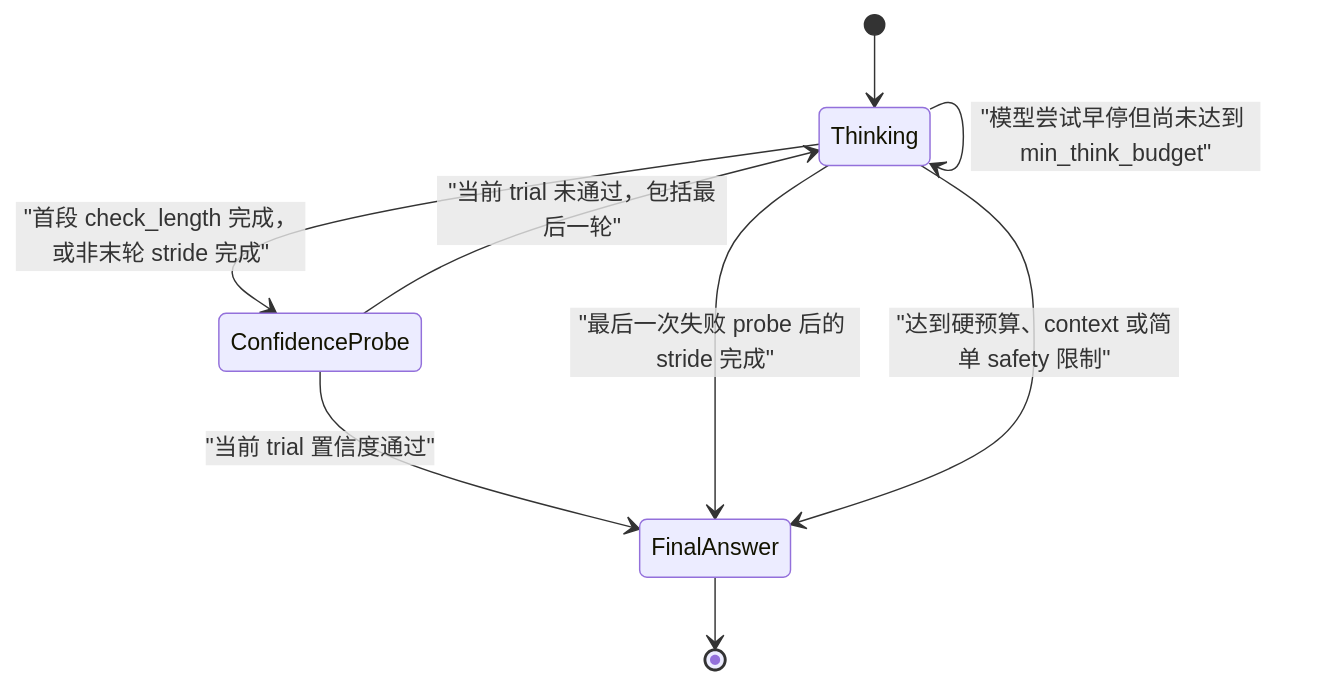
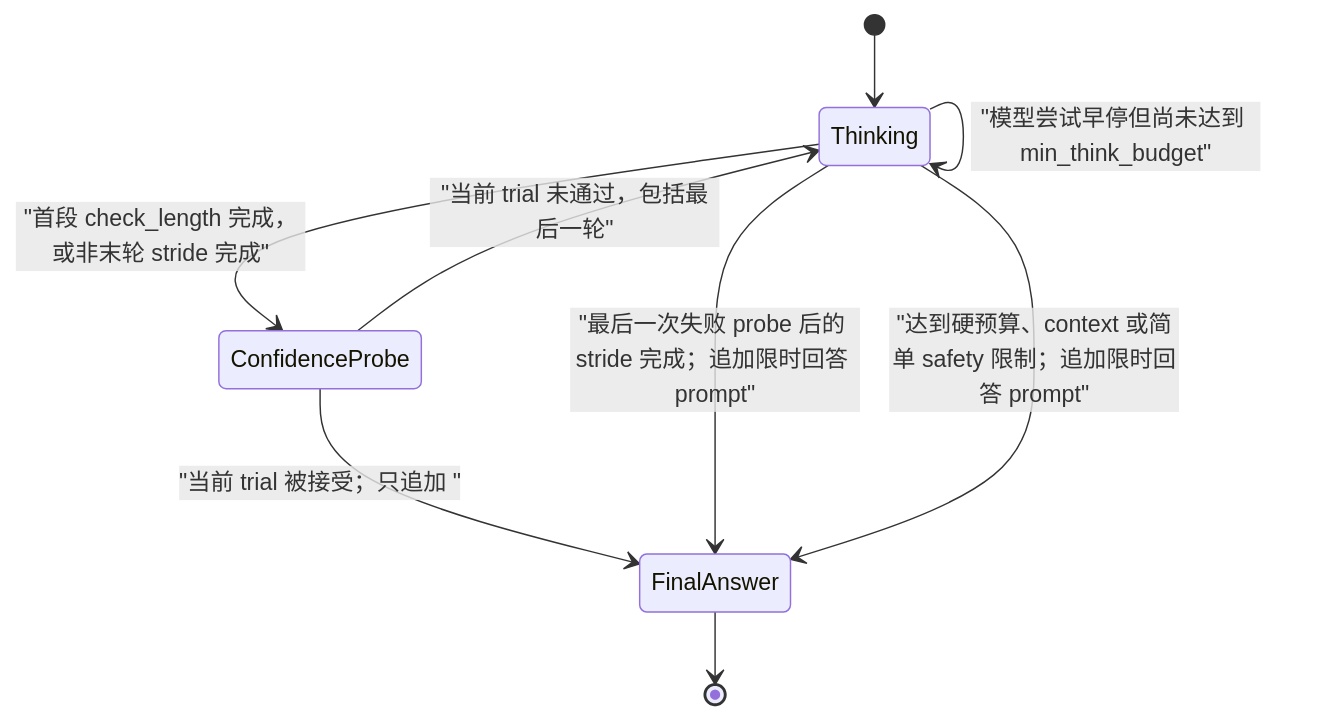
Before and after one commit to F00L42/TB: the third of 4 diagrams in docs/debug/think_budget_vllm_adapter_refactor_plan.md, drawn with Mermaid. The commit also changed other lines of this file and 11 other files, not shown here.

````diff
--- a/docs/debug/think_budget_vllm_adapter_refactor_plan.md
+++ b/docs/debug/think_budget_vllm_adapter_refactor_plan.md
@@ -163,11 +163,11 @@
 ```mermaid
 stateDiagram-v2
     [*] --> Thinking
     Thinking --> ConfidenceProbe: "首段 check_length 完成，或非末轮 stride 完成"
     Thinking --> Thinking: "模型尝试早停但尚未达到 min_think_budget"
-    ConfidenceProbe --> FinalAnswer: "当前 trial 置信度通过"
+    ConfidenceProbe --> FinalAnswer: "当前 trial 被接受；只追加 </think>"
     ConfidenceProbe --> Thinking: "当前 trial 未通过，包括最后一轮"
-    Thinking --> FinalAnswer: "最后一次失败 probe 后的 stride 完成"
-    Thinking --> FinalAnswer: "达到硬预算、context 或简单 safety 限制"
+    Thinking --> FinalAnswer: "最后一次失败 probe 后的 stride 完成；追加限时回答 prompt"
+    Thinking --> FinalAnswer: "达到硬预算、context 或简单 safety 限制；追加限时回答 prompt"
     FinalAnswer --> [*]
 ```
````
